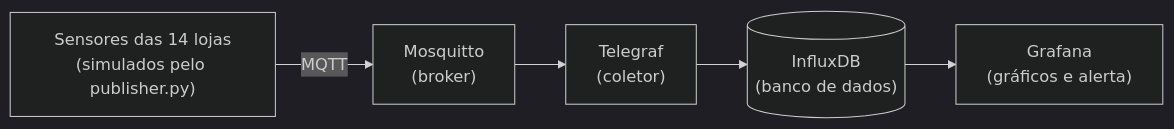
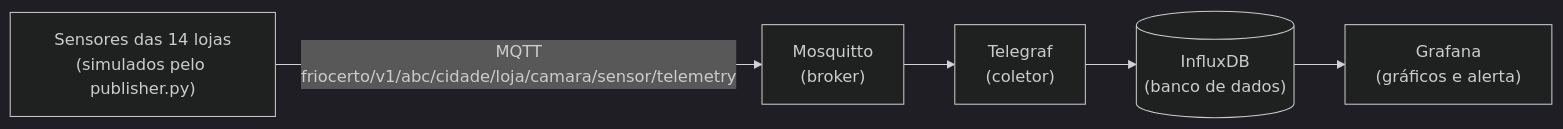
Before and after one commit to arturmarcosan/friocerto-iot: the diagram in README.md, drawn with Mermaid (dark theme). The commit also changed other lines of this file and 2 other files, not shown here.

Commit message:
README e publisher alinhados com a Parte A

````diff
--- a/README.md
+++ b/README.md
@@ -11,7 +11,7 @@
 ```mermaid
 flowchart LR
-    S["Sensores das 14 lojas<br/>(simulados pelo publisher.py)"] -->|"MQTT"| B["Mosquitto<br/>(broker)"]
+    S["Sensores das 14 lojas<br/>(simulados pelo publisher.py)"] -->|"MQTT<br/>friocerto/v1/abc/cidade/loja/camara/sensor/telemetry"| B["Mosquitto<br/>(broker)"]
     B --> T["Telegraf<br/>(coletor)"]
     T --> I[("InfluxDB<br/>(banco de dados)")]
     I --> G["Grafana<br/>(gráficos e alerta)"]
 ```
````
